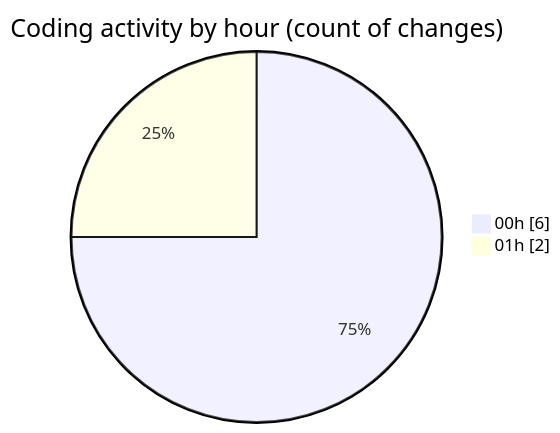
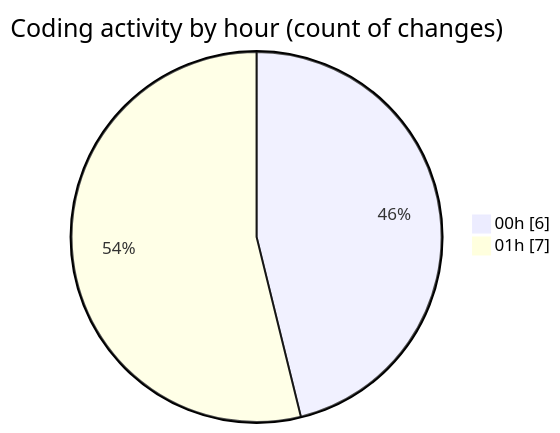
Before and after one commit to JenPaints/code-tracking: the second of 2 diagrams in 2025-06-22/archive/README.md, drawn with Mermaid. The commit also changed other lines of this file and 1 other file, not shown here.

````diff
--- a/2025-06-22/archive/README.md
+++ b/2025-06-22/archive/README.md
@@ -33,6 +33,6 @@
 ```mermaid
 pie showData
 title Coding activity by hour (count of changes)
 "00h" : 6
-"01h" : 2
+"01h" : 7
 ```
````
